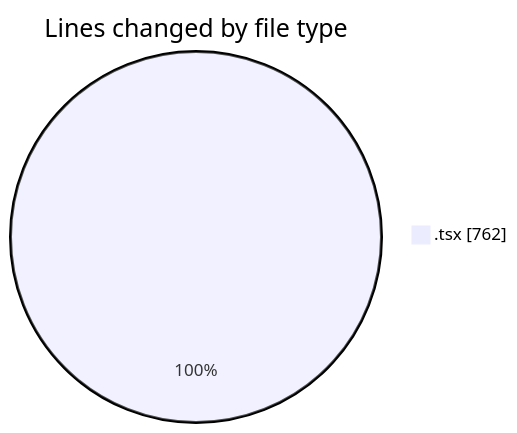
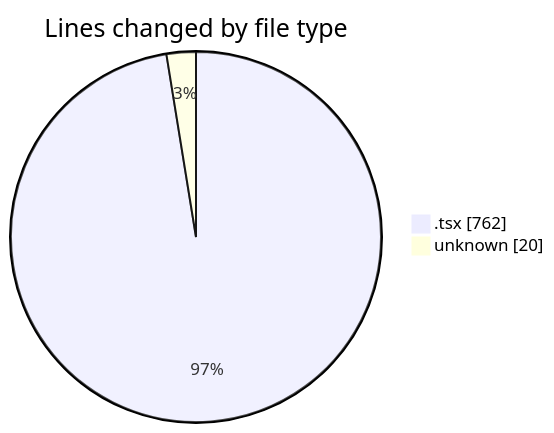
The first of 2 diagrams in 2025-06-23/archive/README.md (JenPaints/code-tracking), drawn with Mermaid before and after one commit. The commit also changed other lines of this file and 1 other file, not shown here.

````diff
--- a/2025-06-23/archive/README.md
+++ b/2025-06-23/archive/README.md
@@ -20,5 +21,6 @@
 ```mermaid
 pie showData
 title Lines changed by file type
 ".tsx" : 762
+"unknown" : 20
 ```
````
